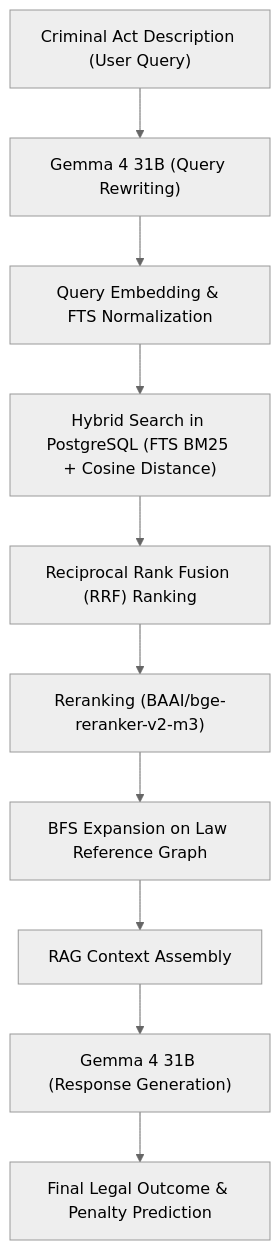
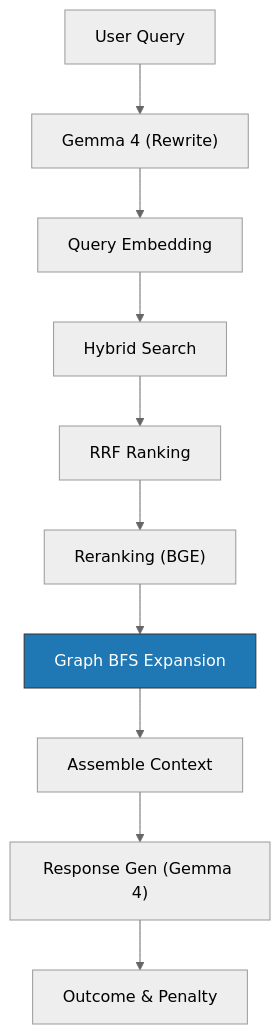
The second of 2 diagrams in README.md (hqcfmlno1/Legal-Judgment-Prediction), drawn with Mermaid (neutral theme) before and after one commit. The commit also changed other lines of this file, not shown here.

````diff
--- a/README.md
+++ b/README.md
@@ -36,12 +43,15 @@
 ```mermaid
 graph TD
-    A["Criminal Act Description (User Query)"] --> B["Gemma 4 31B (Query Rewriting)"]
-    B --> C["Query Embedding & FTS Normalization"]
-    C --> D["Hybrid Search in PostgreSQL (FTS BM25 + Cosine Distance)"]
-    D --> E["Reciprocal Rank Fusion (RRF) Ranking"]
-    E --> F["Reranking (BAAI/bge-reranker-v2-m3)"]
-    F --> G["BFS Expansion on Law Reference Graph"]
-    G --> H["RAG Context Assembly"]
-    H --> I["Gemma 4 31B (Response Generation)"]
-    I --> J["Final Legal Outcome & Penalty Prediction"]
+    A["User Query"] --> B["Gemma 4 (Rewrite)"]
+    B --> C["Query Embedding"]
+    C --> D["Hybrid Search"]
+    D --> E["RRF Ranking"]
+    E --> F["Reranking (BGE)"]
+    F --> G["Graph BFS Expansion"]
+    G --> H["Assemble Context"]
+    H --> I["Response Gen (Gemma 4)"]
+    I --> J["Outcome & Penalty"]
+
+    classDef graphNode fill:#1f77b4,stroke:#333,stroke-width:1px,color:#fff;
+    class G graphNode;
 ```
````
